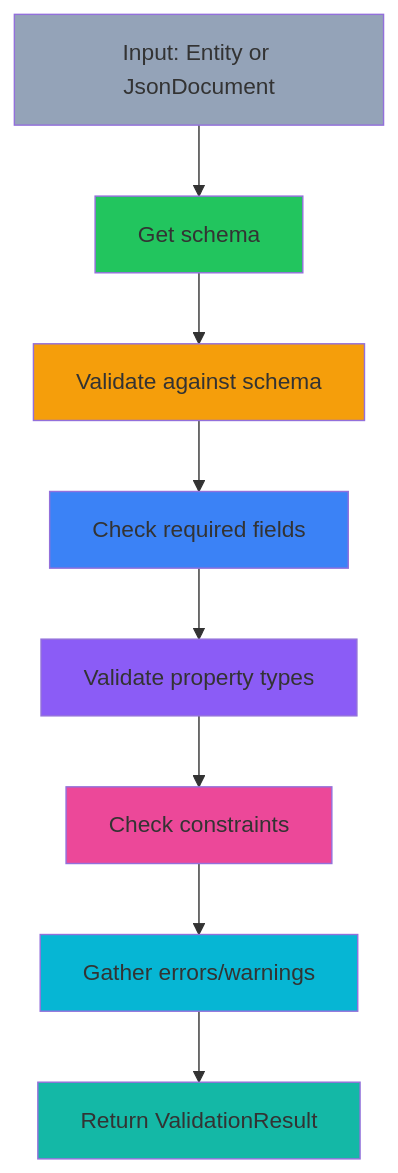
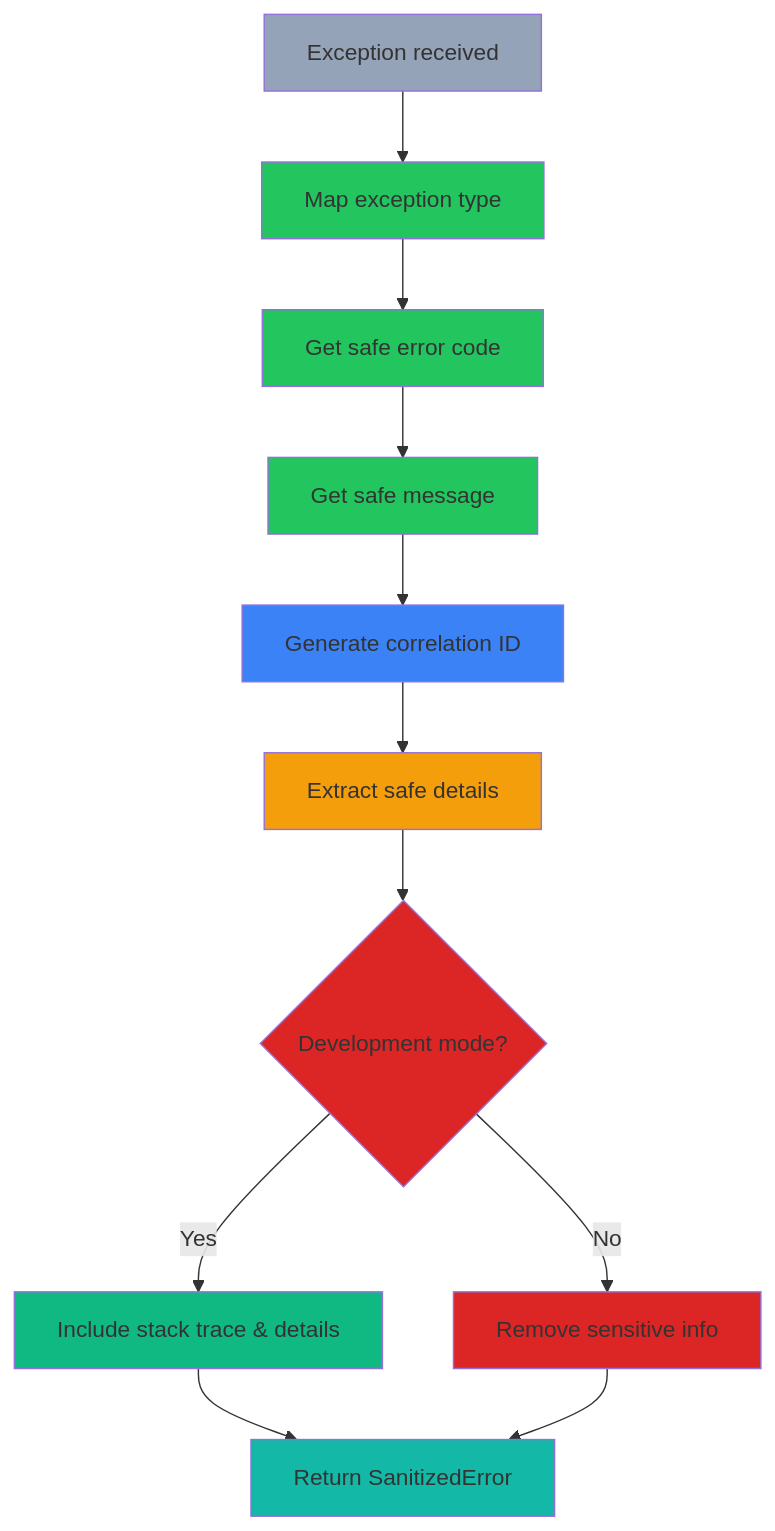
The second of 2 diagrams in docs/specs/v0.11.x/v0.11.4/LCS-DES-v0.11.4-SEC-f.md (southpawriter02/lexichord), drawn with Mermaid before and after one commit. The commit also changed other lines of this file and 74 other files, not shown here.

````diff
--- a/docs/specs/v0.11.x/v0.11.4/LCS-DES-v0.11.4-SEC-f.md
+++ b/docs/specs/v0.11.x/v0.11.4/LCS-DES-v0.11.4-SEC-f.md
@@ -462,19 +257,24 @@
 ```mermaid
 flowchart TD
-    A["Input: Entity or JsonDocument"] --> B["Get schema"]
-    B --> C["Validate against schema"]
-    C --> D["Check required fields"]
-    D --> E["Validate property types"]
-    E --> F["Check constraints"]
-    F --> G["Gather errors/warnings"]
-    G --> H["Return ValidationResult"]
+    A["Exception received"] --> B["Map exception type"]
+    B --> C["Get safe error code"]
+    C --> D["Get safe message"]
+    D --> E["Generate correlation ID"]
+    E --> F["Extract safe details"]
+    F --> G{Development mode?}
+    G -->|Yes| H["Include stack trace & details"]
+    G -->|No| I["Remove sensitive info"]
+    H --> J["Return SanitizedError"]
+    I --> J
 
     style A fill:#94a3b8
     style B fill:#22c55e
-    style C fill:#f59e0b
-    style D fill:#3b82f6
-    style E fill:#8b5cf6
-    style F fill:#ec4899
-    style G fill:#06b6d4
-    style H fill:#14b8a6
+    style C fill:#22c55e
+    style D fill:#22c55e
+    style E fill:#3b82f6
+    style F fill:#f59e0b
+    style G fill:#dc2626
+    style H fill:#10b981
+    style I fill:#dc2626
+    style J fill:#14b8a6
 ```
````
